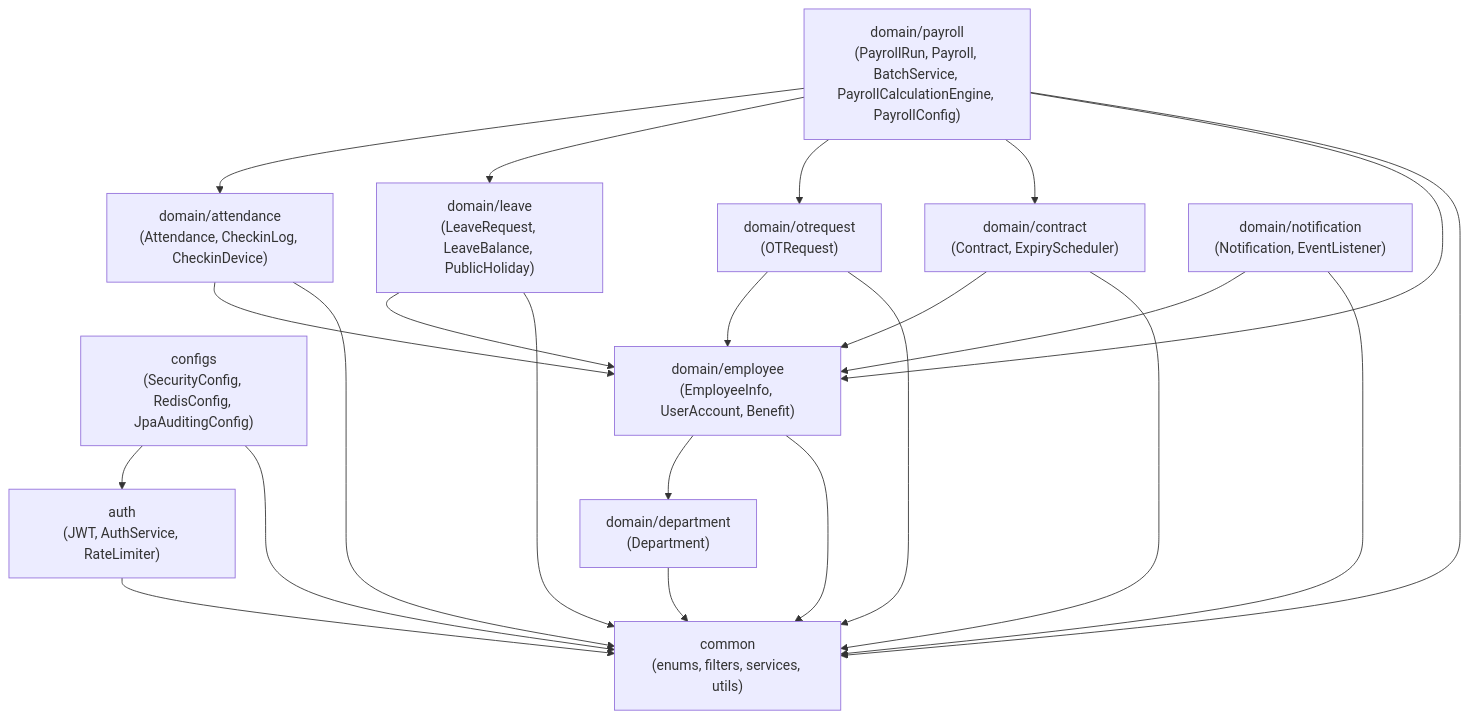
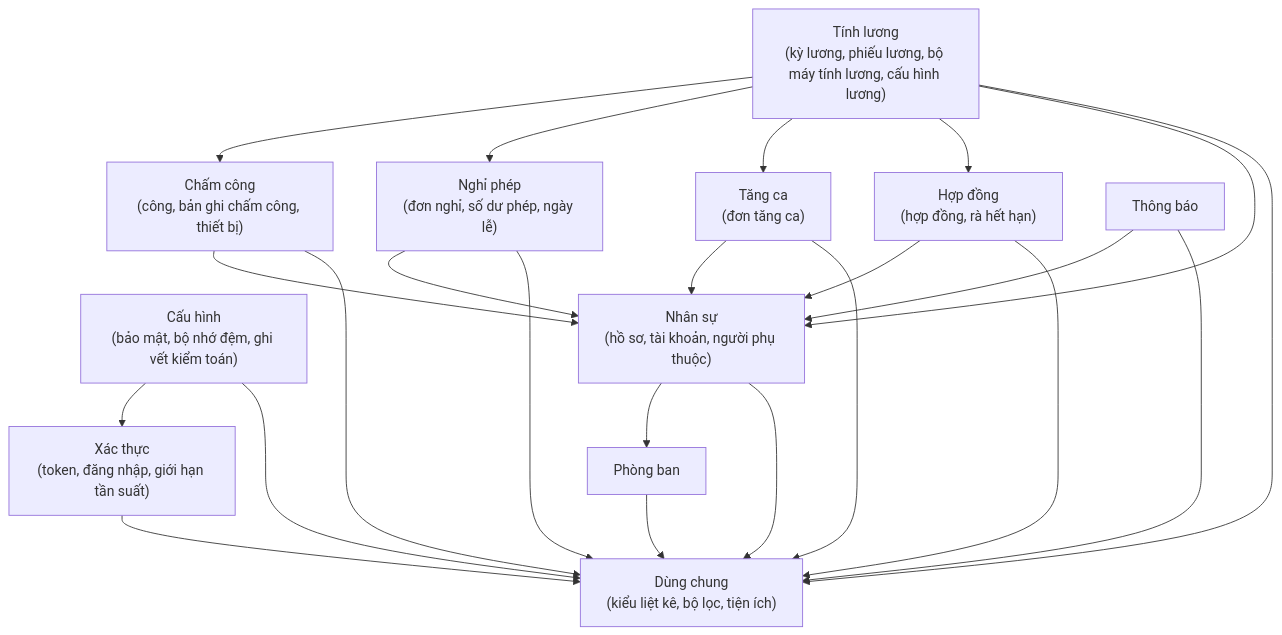
One commit to NBachTH/HRMS changed diagram 11 of 19 in docs/DATN_20204812_NguyenThanhBach/DATN_20204812_NguyenThanhBach.md. Above: the diagram before and after it, drawn with Mermaid. The commit also changed other lines of this file, not shown here.

````diff
--- a/docs/DATN_20204812_NguyenThanhBach/DATN_20204812_NguyenThanhBach.md
+++ b/docs/DATN_20204812_NguyenThanhBach/DATN_20204812_NguyenThanhBach.md
@@ -1261,38 +990,37 @@
 ```mermaid
 graph TD
-    COMMON["common\n(enums, filters, services, utils)"]
-    AUTH["auth\n(JWT, AuthService, RateLimiter)"]
-    CONFIGS["configs\n(SecurityConfig, RedisConfig, JpaAuditingConfig)"]
-    EMP["domain/employee\n(EmployeeInfo, UserAccount, Benefit)"]
-    DEPT["domain/department\n(Department)"]
-    CONTRACT["domain/contract\n(Contract, ExpiryScheduler)"]
-    ATTEND["domain/attendance\n(Attendance, CheckinLog, CheckinDevice)"]
-    LEAVE["domain/leave\n(LeaveRequest, LeaveBalance, PublicHoliday)"]
-    OT["domain/otrequest\n(OTRequest)"]
-    NOTIF["domain/notification\n(Notification, EventListener)"]
-    PAYROLL["domain/payroll\n(PayrollRun, Payroll, BatchService, PayrollCalculationEngine, PayrollConfig)"]
-    PAYROLL["domain/payroll\n(PayrollRun, Payroll, BatchService, PayrollCalculationEngine, PayrollConfig)"]
+    COMMON["Dùng chung\n(kiểu liệt kê, bộ lọc, tiện ích)"]
+    AUTH["Xác thực\n(token, đăng nhập, giới hạn tần suất)"]
+    CONFIGS["Cấu hình\n(bảo mật, bộ nhớ đệm, ghi vết kiểm toán)"]
+    EMP["Nhân sự\n(hồ sơ, tài khoản, người phụ thuộc)"]
+    DEPT["Phòng ban"]
+    CONTRACT["Hợp đồng\n(hợp đồng, rà hết hạn)"]
+    ATTEND["Chấm công\n(công, bản ghi chấm công, thiết bị)"]
+    LEAVE["Nghỉ phép\n(đơn nghỉ, số dư phép, ngày lễ)"]
+    OT["Tăng ca\n(đơn tăng ca)"]
+    NOTIF["Thông báo"]
+    PAYROLL["Tính lương\n(kỳ lương, phiếu lương, bộ máy tính lương, cấu hình lương)"]
 
     CONFIGS --> AUTH
     CONFIGS --> COMMON
     AUTH --> COMMON
     EMP --> DEPT
     EMP --> COMMON
     DEPT --> COMMON
     CONTRACT --> EMP
     CONTRACT --> COMMON
     ATTEND --> EMP
     ATTEND --> COMMON
     LEAVE --> EMP
     LEAVE --> COMMON
     OT --> EMP
     OT --> COMMON
     NOTIF --> EMP
     NOTIF --> COMMON
     PAYROLL --> ATTEND
     PAYROLL --> LEAVE
     PAYROLL --> OT
     PAYROLL --> CONTRACT
     PAYROLL --> EMP
     PAYROLL --> COMMON
 ```
````
